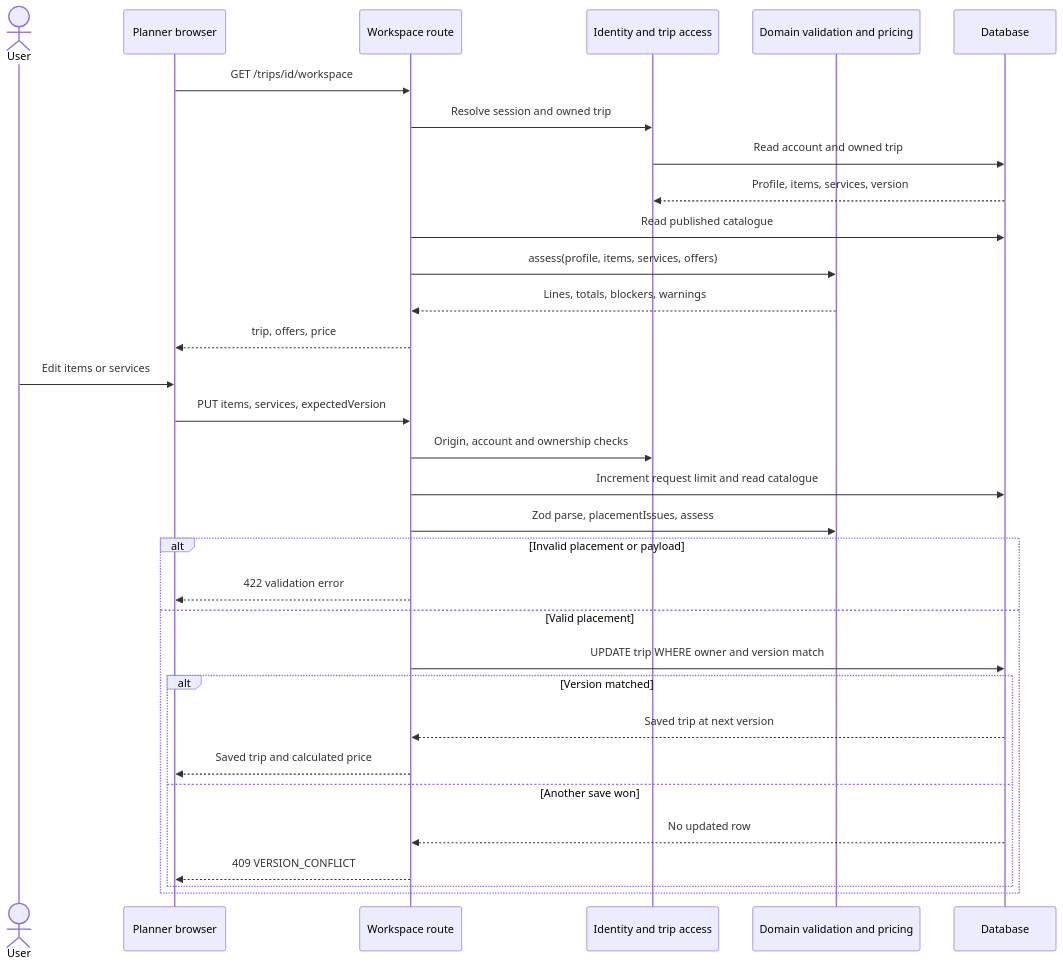
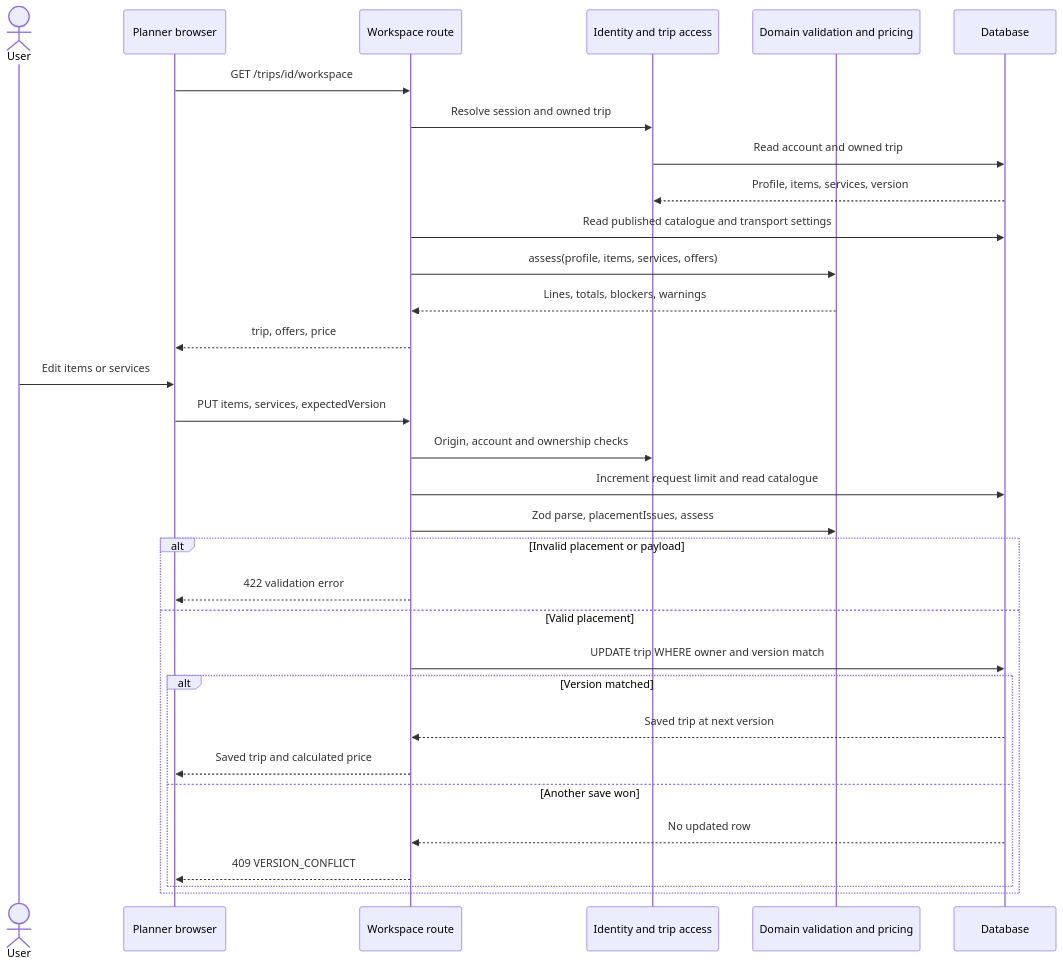
One commit to Kcfreshly/tourism-app changed the second of 5 diagrams in docs/BACKEND_ARCHITECTURE.md. Above: the diagram before and after it, drawn with Mermaid. The commit also changed other lines of this file and 21 other files, not shown here.

````diff
--- a/docs/BACKEND_ARCHITECTURE.md
+++ b/docs/BACKEND_ARCHITECTURE.md
@@ -130,35 +239,35 @@
 ```mermaid
 sequenceDiagram
     actor User
     participant UI as Planner browser
     participant API as Workspace route
     participant Access as Identity and trip access
     participant Rules as Domain validation and pricing
     participant DB as Database
 
     UI->>API: GET /trips/id/workspace
     API->>Access: Resolve session and owned trip
     Access->>DB: Read account and owned trip
     DB-->>Access: Profile, items, services, version
-    API->>DB: Read published catalogue
+    API->>DB: Read published catalogue and transport settings
     API->>Rules: assess(profile, items, services, offers)
     Rules-->>API: Lines, totals, blockers, warnings
     API-->>UI: trip, offers, price
     User->>UI: Edit items or services
     UI->>API: PUT items, services, expectedVersion
     API->>Access: Origin, account and ownership checks
     API->>DB: Increment request limit and read catalogue
     API->>Rules: Zod parse, placementIssues, assess
     alt Invalid placement or payload
         API-->>UI: 422 validation error
     else Valid placement
         API->>DB: UPDATE trip WHERE owner and version match
         alt Version matched
             DB-->>API: Saved trip at next version
             API-->>UI: Saved trip and calculated price
         else Another save won
             DB-->>API: No updated row
             API-->>UI: 409 VERSION_CONFLICT
         end
     end
 ```
````
